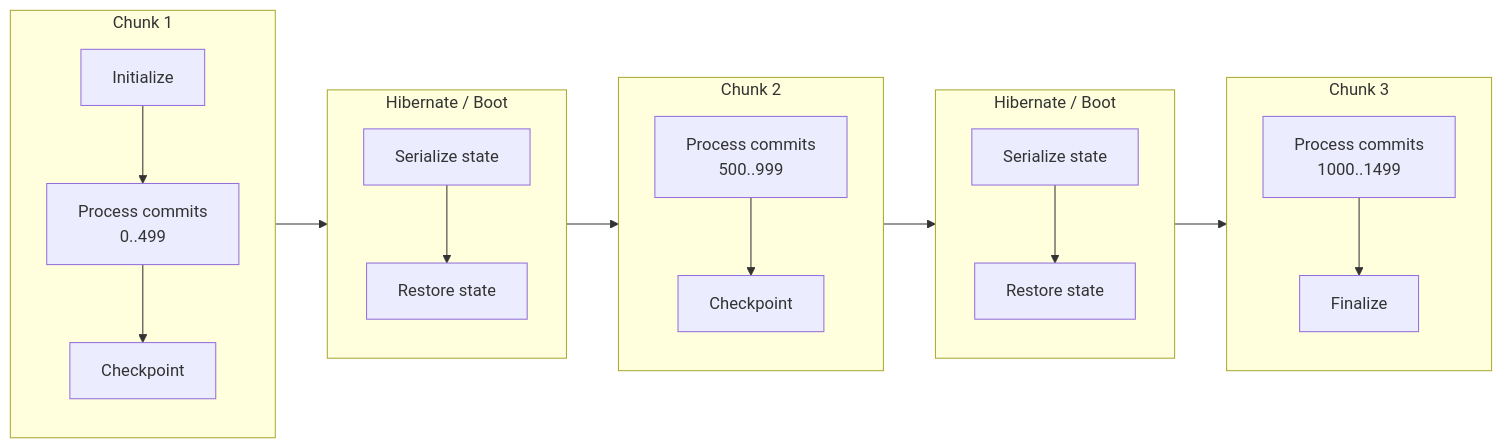
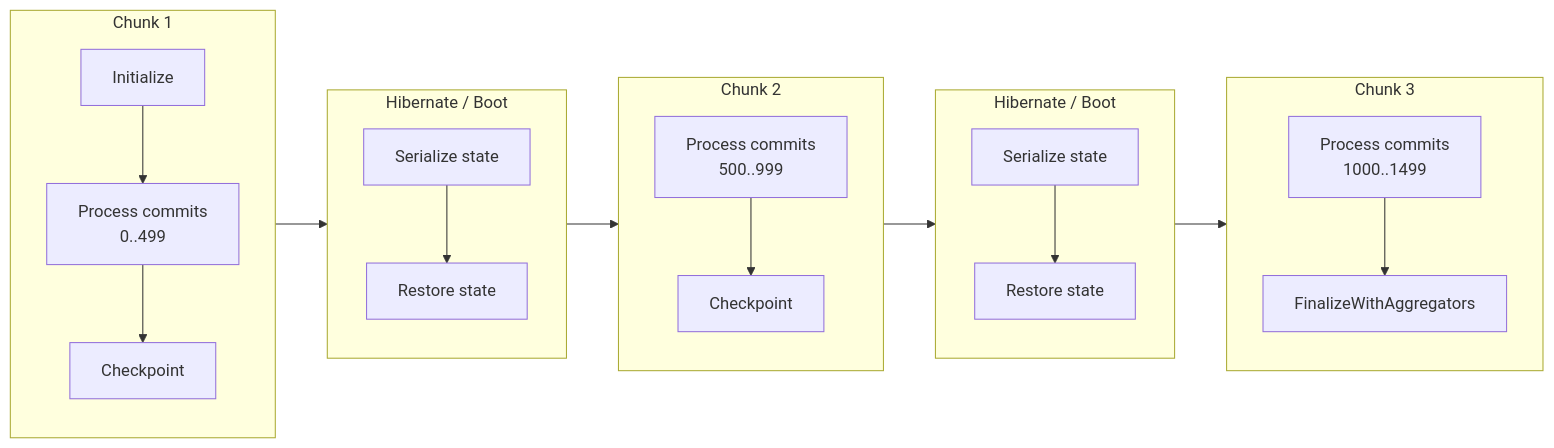
Before and after one commit to Sumatoshi-tech/codefang: the first of 2 diagrams in site/architecture/streaming-pipeline.md, drawn with Mermaid. The commit also changed other lines of this file and 225 other files, not shown here.

````diff
--- a/site/architecture/streaming-pipeline.md
+++ b/site/architecture/streaming-pipeline.md
@@ -39,38 +39,38 @@
 ```mermaid
 flowchart LR
     subgraph chunk1["Chunk 1"]
         direction TB
         C1_INIT[Initialize]
         C1_PROCESS["Process commits<br/>0..499"]
         C1_CHECKPOINT[Checkpoint]
         C1_INIT --> C1_PROCESS --> C1_CHECKPOINT
     end
 
     subgraph hibernate1["Hibernate / Boot"]
         H1[Serialize state]
         B1[Restore state]
         H1 --> B1
     end
 
     subgraph chunk2["Chunk 2"]
         direction TB
         C2_PROCESS["Process commits<br/>500..999"]
         C2_CHECKPOINT[Checkpoint]
         C2_PROCESS --> C2_CHECKPOINT
     end
 
     subgraph hibernate2["Hibernate / Boot"]
         H2[Serialize state]
         B2[Restore state]
         H2 --> B2
     end
 
     subgraph chunk3["Chunk 3"]
         direction TB
         C3_PROCESS["Process commits<br/>1000..1499"]
-        C3_FINALIZE[Finalize]
+        C3_FINALIZE[FinalizeWithAggregators]
         C3_PROCESS --> C3_FINALIZE
     end
 
     chunk1 --> hibernate1 --> chunk2 --> hibernate2 --> chunk3
 ```
````
